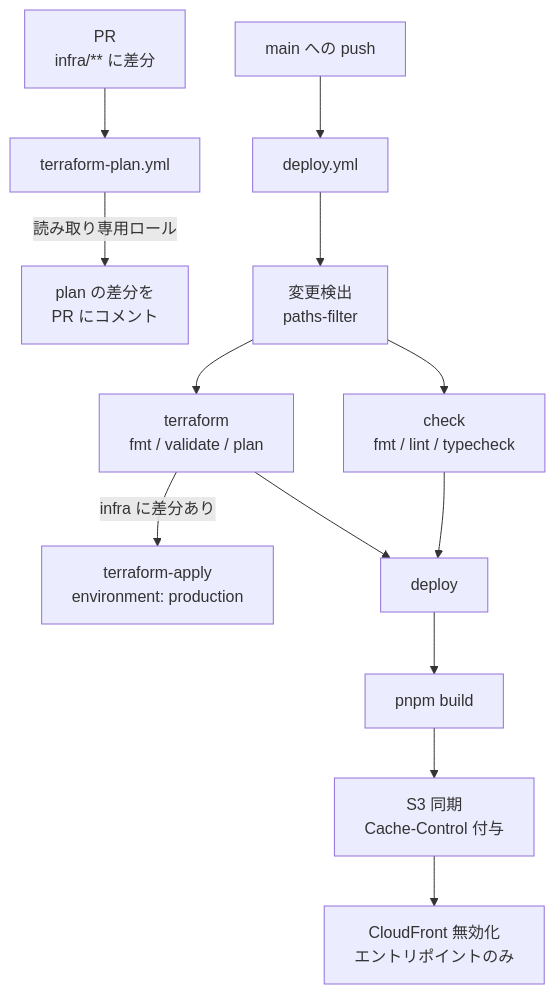
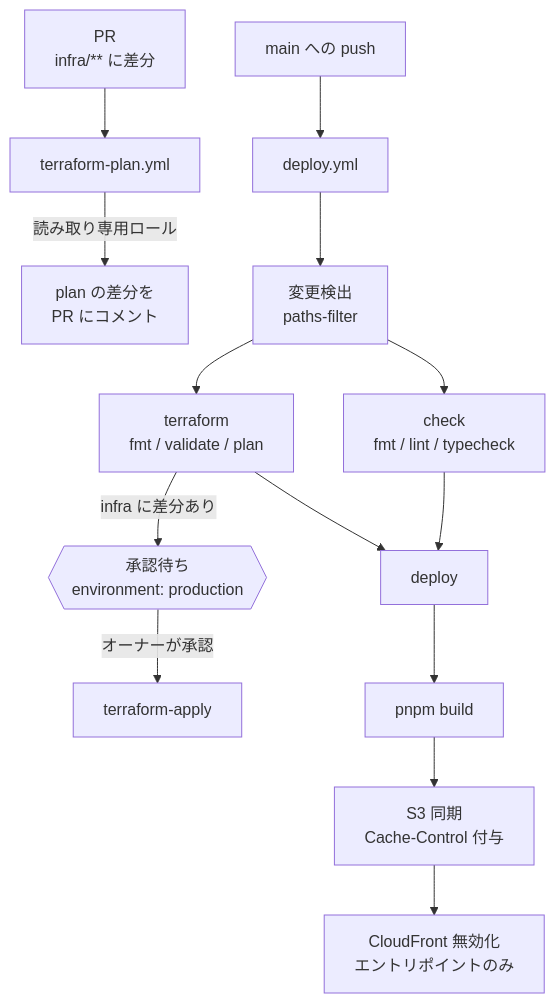
The second of 3 diagrams in README.md (ryokryok/terraform-aws-static-site-hosting), drawn with Mermaid before and after one commit. The commit also changed other lines of this file and 1 other file, not shown here.

First line of the commit message:
Document the production approval gate (#24)

````diff
--- a/README.md
+++ b/README.md
@@ -33,19 +33,20 @@
 ```mermaid
 flowchart TD
     PR["PR<br/>infra/** に差分"] --> Plan["terraform-plan.yml"]
     Plan -->|"読み取り専用ロール"| PlanOut["plan の差分を<br/>PR にコメント"]
 
     Merge["main への push"] --> Deploy["deploy.yml"]
 
     Deploy --> Detect["変更検出<br/>paths-filter"]
     Detect --> TF["terraform<br/>fmt / validate / plan"]
     Detect --> Check["check<br/>fmt / lint / typecheck"]
 
-    TF -->|"infra に差分あり"| Apply["terraform-apply<br/>environment: production"]
+    TF -->|"infra に差分あり"| Gate{{"承認待ち<br/>environment: production"}}
+    Gate -->|"オーナーが承認"| Apply["terraform-apply"]
     TF --> Dep["deploy"]
     Check --> Dep
 
     Dep --> Build["pnpm build"]
     Build --> Sync["S3 同期<br/>Cache-Control 付与"]
     Sync --> Inv["CloudFront 無効化<br/>エントリポイントのみ"]
 ```
````
